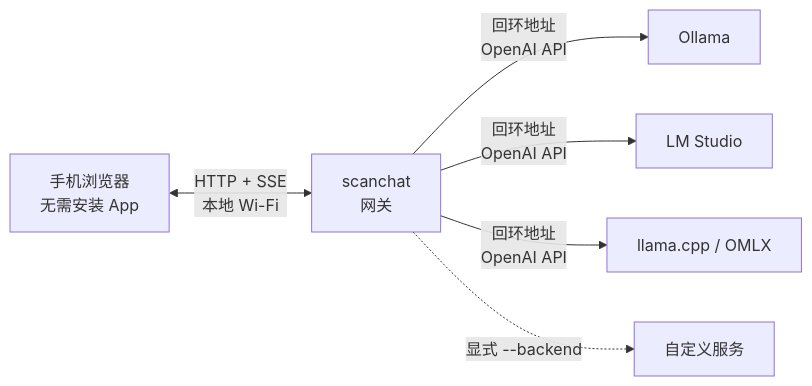
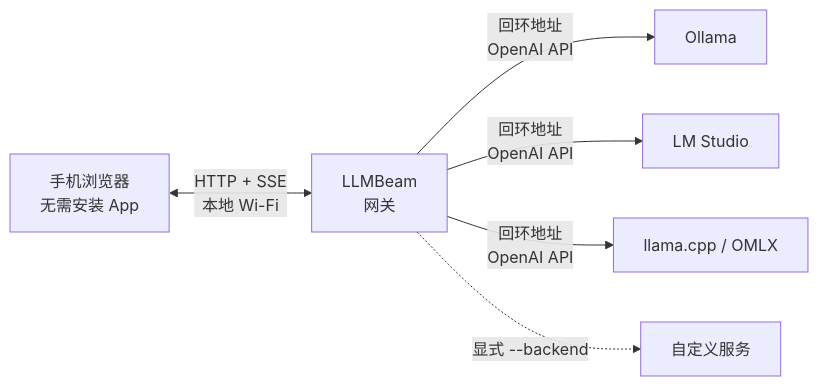
One commit to llmbeam/llmbeam changed the diagram in README.zh-CN.md. Above: the diagram before and after it, drawn with Mermaid. The commit also changed other lines of this file and 30 other files, not shown here.

````diff
--- a/README.zh-CN.md
+++ b/README.zh-CN.md
@@ -130,8 +130,8 @@
 ```mermaid
 flowchart LR
-    P["手机浏览器<br/>无需安装 App"] <-->|"HTTP + SSE<br/>本地 Wi-Fi"| G["scanchat<br/>网关"]
+    P["手机浏览器<br/>无需安装 App"] <-->|"HTTP + SSE<br/>本地 Wi-Fi"| G["LLMBeam<br/>网关"]
     G -->|"回环地址<br/>OpenAI API"| O[Ollama]
     G -->|"回环地址<br/>OpenAI API"| L[LM Studio]
     G -->|"回环地址<br/>OpenAI API"| C[llama.cpp / OMLX]
     G -.->|"显式 --backend"| X[自定义服务]
 ```
````
